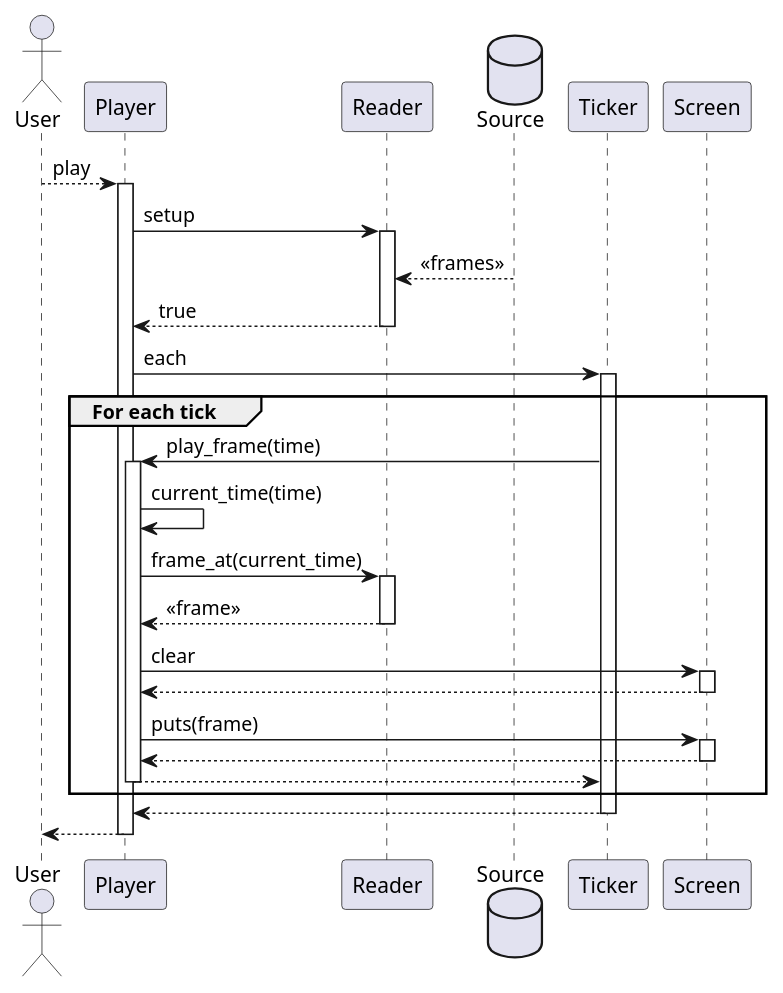
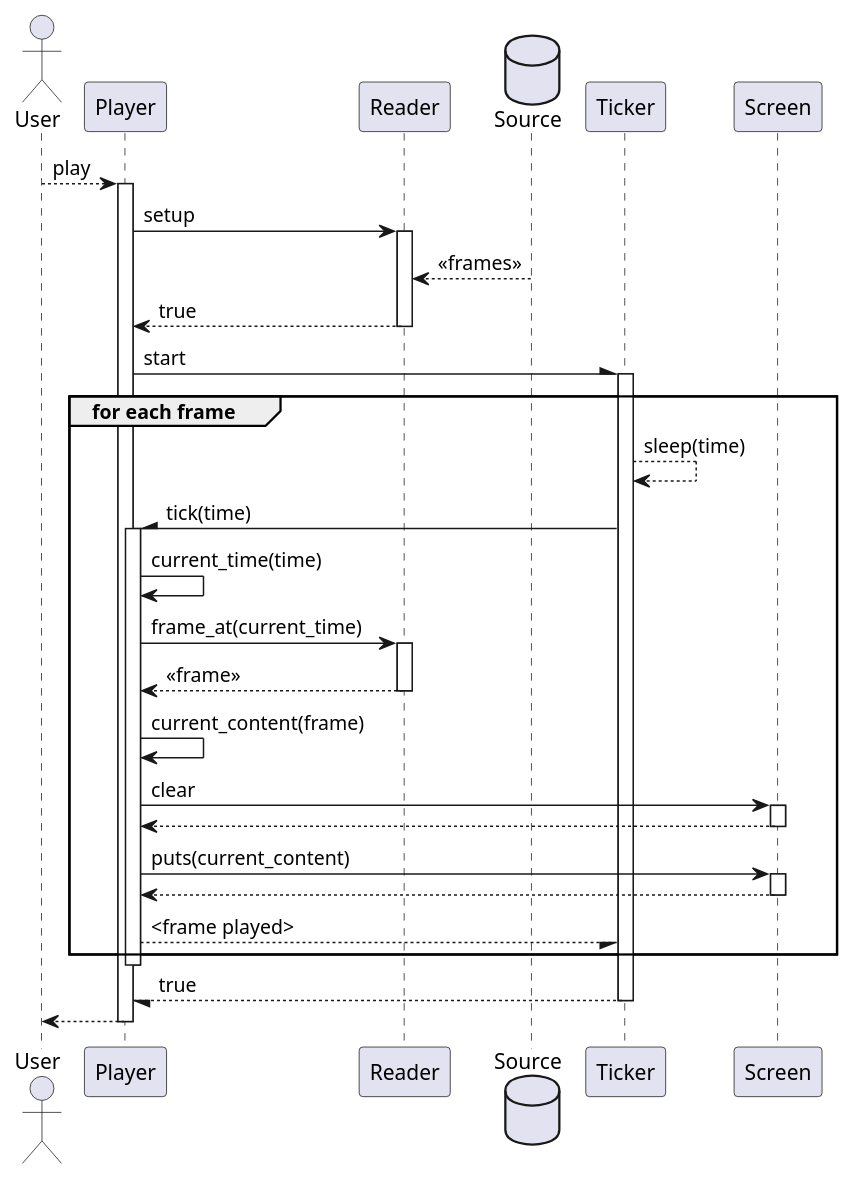
Before and after one commit to iachettifederico/tesis: the fourth of 4 diagrams in diagramas.org, drawn with PlantUML. The commit also changed other lines of this file and 13 other files, not shown here.

```diff
--- a/diagramas.org
+++ b/diagramas.org
@@ -164,43 +237,44 @@
 #+BEGIN_SRC plantuml :file play_seq_diag.png
 actor User
 User-->Player :play
 activate Player
-  
-  Player->Reader  : setup
-  activate Reader
-    database Source
-    Source-->Reader : <<frames>>
-    
-  Reader-->Player : true
-  deactivate Reader
 
-  Player->Ticker : each
-  activate Ticker
-    group For each tick
-      Ticker->Player : play_frame(time)
+Player->Reader  : setup
+activate Reader
+database Source
+Source-->Reader : <<frames>>
+Reader-->Player : true
+deactivate Reader
+
+Player-\Ticker : start
+activate Ticker
+  group for each frame
+    Ticker-->Ticker : sleep(time)
+    Ticker-\Player : tick(time)
       activate Player
-        Player->Player : current_time(time)
+      Player->Player : current_time(time)
+      Player->Reader : frame_at(current_time)
+      activate Reader
+      Reader-->Player : <<frame>>
+      deactivate Reader
 
-        Player->Reader : frame_at(current_time)
-        activate Reader
-        Reader-->Player : <<frame>>
-        deactivate Reader
+      Player->Player : current_content(frame)
 
-        Player->Screen : clear
-        activate Screen
-        Screen-->Player
-        deactivate Screen
+      Player->Screen : clear
+      activate Screen
+      Screen-->Player
+      deactivate Screen
+     
+      Player->Screen : puts(current_content)
+      activate Screen
+      Screen-->Player
+      deactivate Screen
+    Player--/Ticker : <frame played>
+  end
+deactivate Player
+Ticker--/Player : true
+deactivate Ticker
 
-        Player->Screen : puts(frame)
-        activate Screen
-        Screen-->Player
-        deactivate Screen
-
-      Player-->Ticker
-      deactivate Player
-    end
-  Ticker-->Player
-  deactivate Ticker
 Player-->User
 deactivate Player
 #+END_SRC
```
